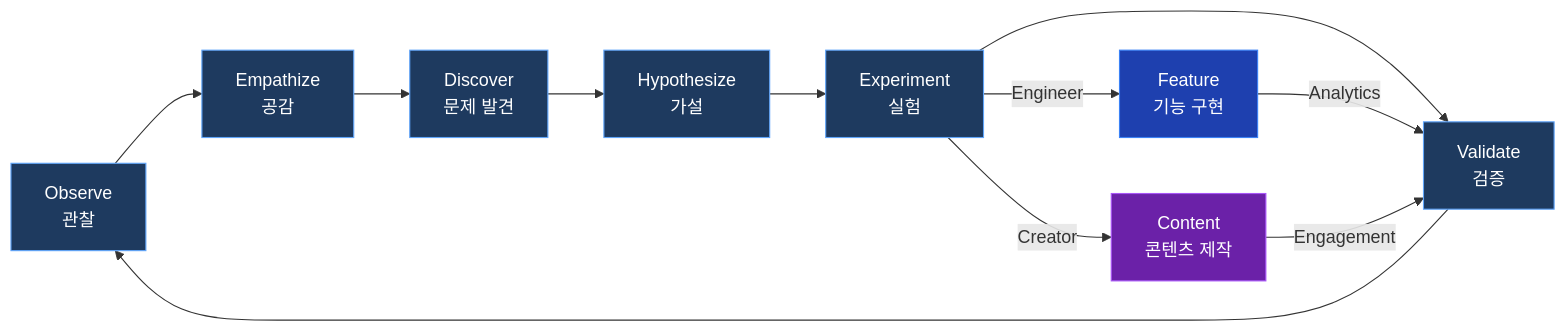
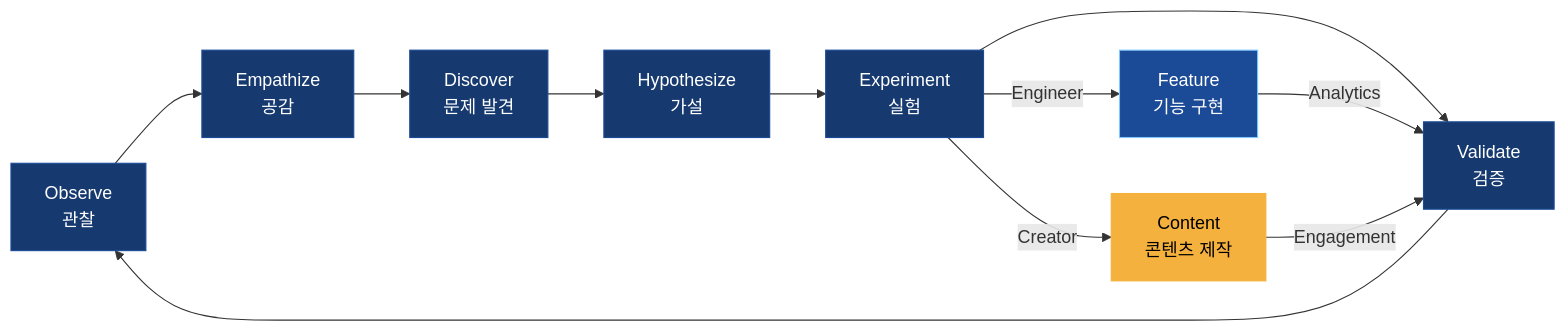
The first of 2 diagrams in README.md (boaz-hwang/boaz-hwang), drawn with Mermaid before and after one commit. The commit also changed other lines of this file, not shown here.

````diff
--- a/README.md
+++ b/README.md
@@ -21,23 +23,23 @@
 ```mermaid
 graph LR
     A["Observe<br/>관찰"] --> B["Empathize<br/>공감"]
     B --> C["Discover<br/>문제 발견"]
     C --> D["Hypothesize<br/>가설"]
     D --> E["Experiment<br/>실험"]
     E --> F["Validate<br/>검증"]
     F --> A
 
     E -- "Engineer" --> G["Feature<br/>기능 구현"]
     E -- "Creator" --> H["Content<br/>콘텐츠 제작"]
     G -- "Analytics" --> F
     H -- "Engagement" --> F
 
-    style A fill:#1e3a5f,stroke:#60a5fa,color:#fff
-    style B fill:#1e3a5f,stroke:#60a5fa,color:#fff
-    style C fill:#1e3a5f,stroke:#60a5fa,color:#fff
-    style D fill:#1e3a5f,stroke:#60a5fa,color:#fff
-    style E fill:#1e3a5f,stroke:#60a5fa,color:#fff
-    style F fill:#1e3a5f,stroke:#60a5fa,color:#fff
-    style G fill:#1e40af,stroke:#3b82f6,color:#fff
-    style H fill:#6b21a8,stroke:#a855f7,color:#fff
+    style A fill:#163A6F,stroke:#1B4A97,color:#fff
+    style B fill:#163A6F,stroke:#1B4A97,color:#fff
+    style C fill:#163A6F,stroke:#1B4A97,color:#fff
+    style D fill:#163A6F,stroke:#1B4A97,color:#fff
+    style E fill:#163A6F,stroke:#1B4A97,color:#fff
+    style F fill:#163A6F,stroke:#1B4A97,color:#fff
+    style G fill:#1B4A97,stroke:#7FC7FF,color:#fff
+    style H fill:#F5B13D,stroke:#F5B13D,color:#000
 ```
````
